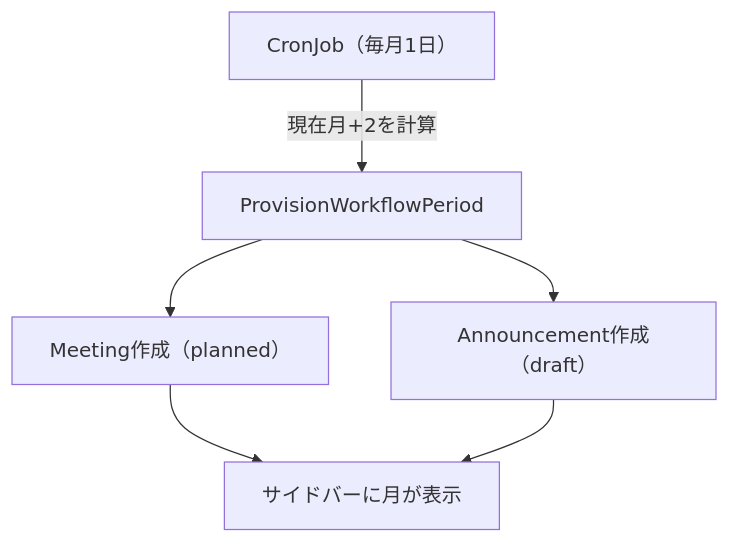
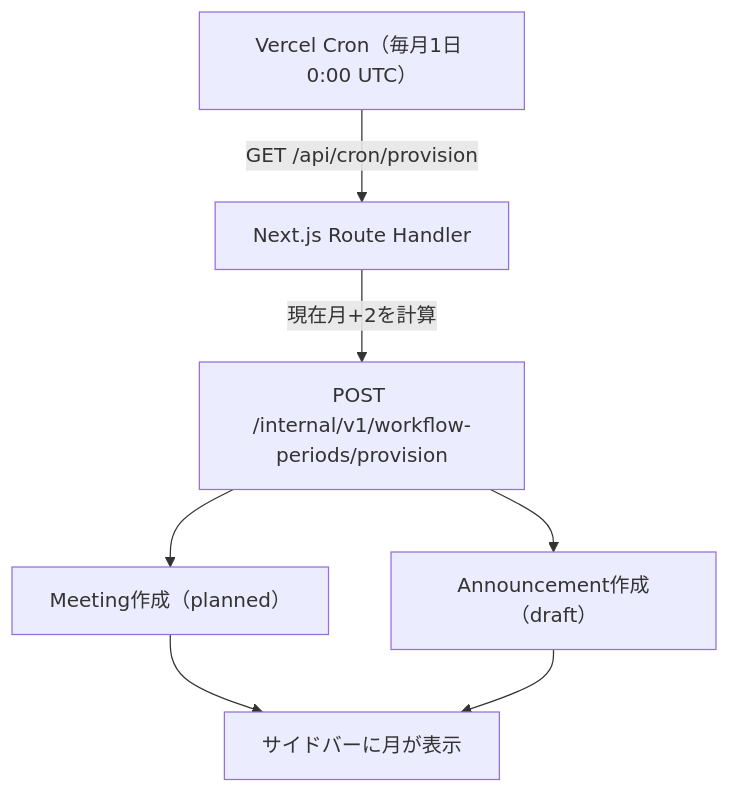
Before and after one commit to StepByCode/ashiato: the fourth of 8 diagrams in doc/03_screen-flow.md, drawn with Mermaid. The commit also changed other lines of this file and 3 other files, not shown here.

````diff
--- a/doc/03_screen-flow.md
+++ b/doc/03_screen-flow.md
@@ -75,8 +75,9 @@
 ```mermaid
 flowchart TD
-    Cron["CronJob（毎月1日）"] -->|"現在月+2を計算"| Provision["ProvisionWorkflowPeriod"]
-    Provision --> Meeting["Meeting作成（planned）"]
-    Provision --> Announcement["Announcement作成（draft）"]
+    Cron["Vercel Cron（毎月1日 0:00 UTC）"] -->|"GET /api/cron/provision"| RouteHandler["Next.js Route Handler"]
+    RouteHandler -->|"現在月+2を計算"| BackendAPI["POST /internal/v1/workflow-periods/provision"]
+    BackendAPI --> Meeting["Meeting作成（planned）"]
+    BackendAPI --> Announcement["Announcement作成（draft）"]
     Meeting --> Sidebar["サイドバーに月が表示"]
     Announcement --> Sidebar
 ```
````
